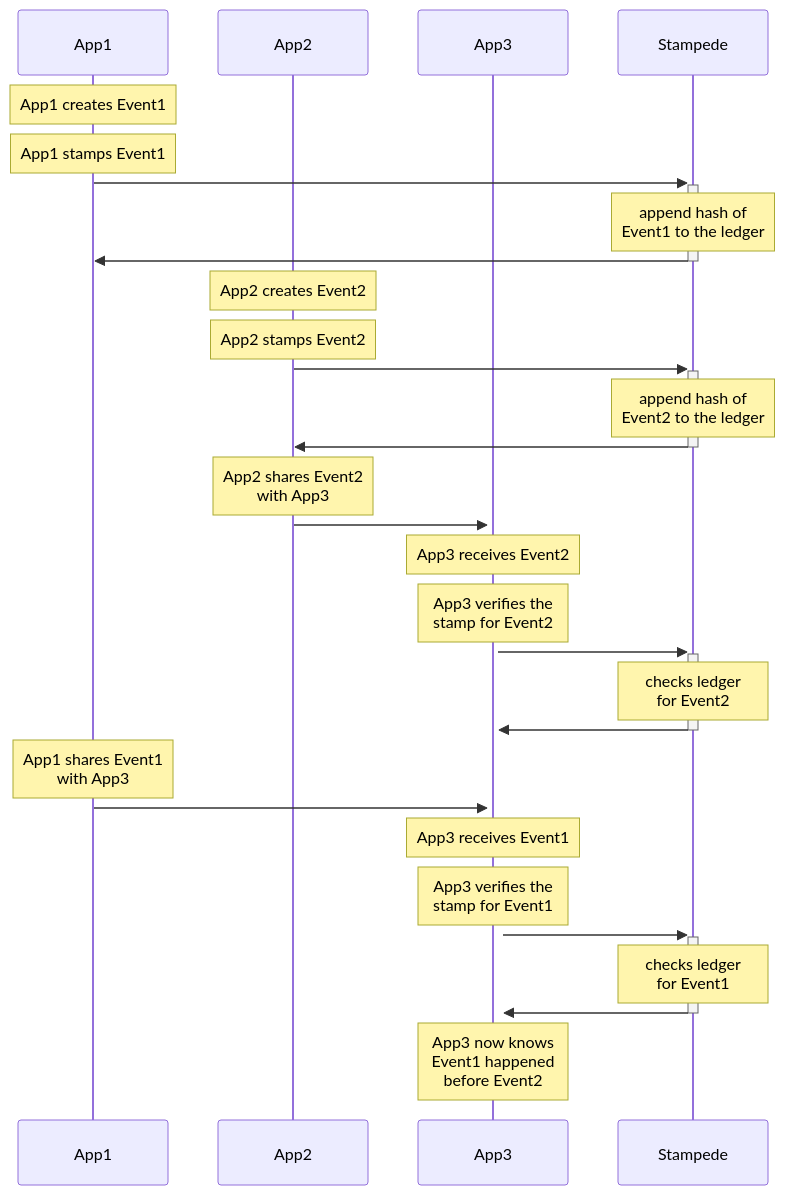
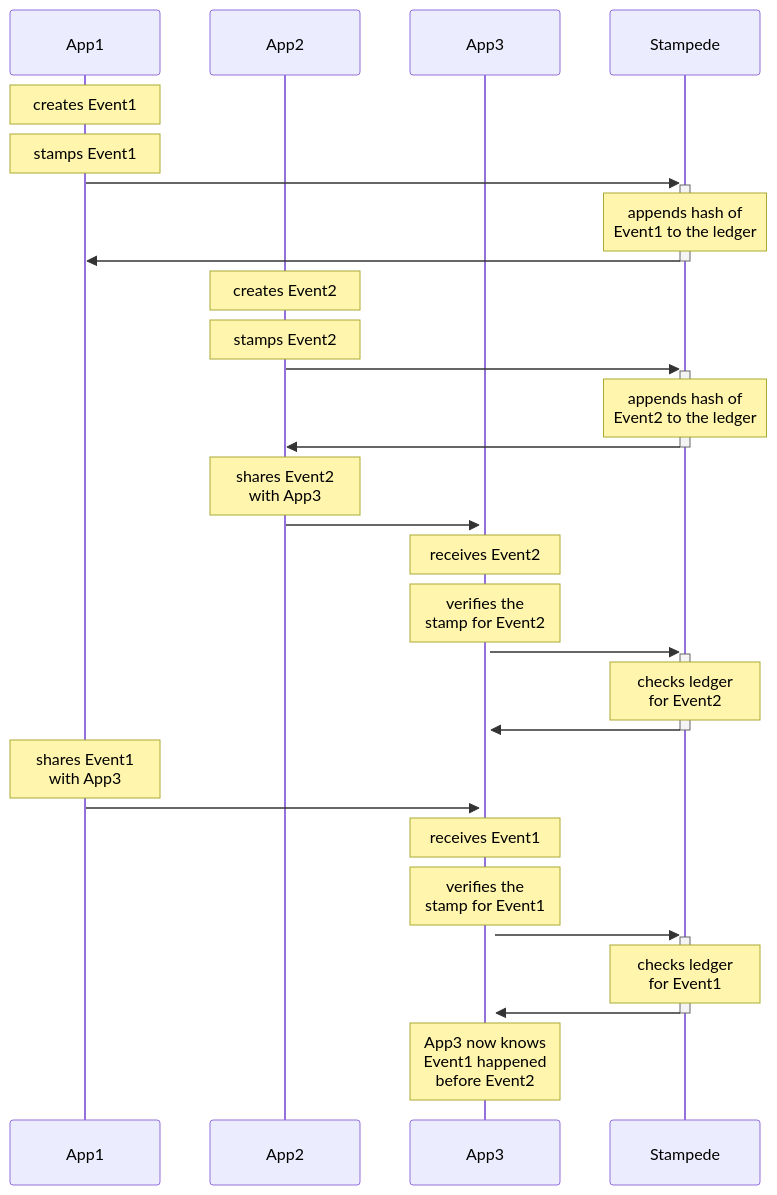
One commit to jlinclabs/stampede changed the diagram in SPEC.md. Above: the diagram before and after it, drawn with Mermaid.

Commit message:
added aliases to mermaid sequence diagram

````diff
--- a/SPEC.md
+++ b/SPEC.md
@@ -271,32 +271,32 @@
 ```mermaid
 sequenceDiagram
-  participant App1
-  participant App2
-  participant App3
-  participant Stampede
-  Note over App1:nowrap: App1 creates Event1
-  Note over App1:nowrap: App1 stamps Event1
-  App1->>+Stampede: 
-  Note over Stampede:nowrap: append hash of <br/>Event1 to the ledger
-  Stampede->>-App1: 
-  Note over App2:nowrap: App2 creates Event2
-  Note over App2:nowrap: App2 stamps Event2
-  App2->>+Stampede: 
-  Note over Stampede:nowrap: append hash of <br/>Event2 to the ledger
-  Stampede->>-App2: 
-  Note over App2:nowrap: App2 shares Event2 <br/>with App3
-  App2->>+App3: 
-  Note over App3:nowrap: App3 receives Event2
-  Note over App3:nowrap: App3 verifies the <br/>stamp for Event2
-  App3->>+Stampede: 
-  Note over Stampede:nowrap: checks ledger <br/>for Event2
-  Stampede->>-App3: 
-  Note over App1:nowrap: App1 shares Event1 <br/>with App3
-  App1->>+App3: 
-  Note over App3:nowrap: App3 receives Event1
-  Note over App3:nowrap: App3 verifies the <br/>stamp for Event1
-  App3->>+Stampede: 
-  Note over Stampede:nowrap: checks ledger <br/>for Event1
-  Stampede->>-App3: 
-  Note over App3:nowrap: App3 now knows <br/>Event1 happened <br/>before Event2
+  participant A1 as App1
+  participant A2 as App2
+  participant A3 as App3
+  participant St as Stampede
+  Note over A1:nowrap: creates Event1
+  Note over A1:nowrap: stamps Event1
+  A1->>+St: 
+  Note over St:nowrap: appends hash of <br/>Event1 to the ledger
+  St->>-A1: 
+  Note over A2:nowrap: creates Event2
+  Note over A2:nowrap: stamps Event2
+  A2->>+St: 
+  Note over St:nowrap: appends hash of <br/>Event2 to the ledger
+  St->>-A2: 
+  Note over A2:nowrap: shares Event2 <br/>with App3
+  A2->>+A3: 
+  Note over A3:nowrap: receives Event2
+  Note over A3:nowrap: verifies the <br/>stamp for Event2
+  A3->>+St: 
+  Note over St:nowrap: checks ledger <br/>for Event2
+  St->>-A3: 
+  Note over A1:nowrap: shares Event1 <br/>with App3
+  A1->>+A3: 
+  Note over A3:nowrap: receives Event1
+  Note over A3:nowrap: verifies the <br/>stamp for Event1
+  A3->>+St: 
+  Note over St:nowrap: checks ledger <br/>for Event1
+  St->>-A3: 
+  Note over A3:nowrap: App3 now knows <br/>Event1 happened <br/>before Event2
 ```
````
